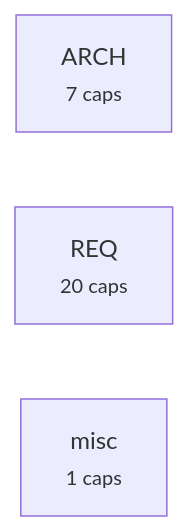
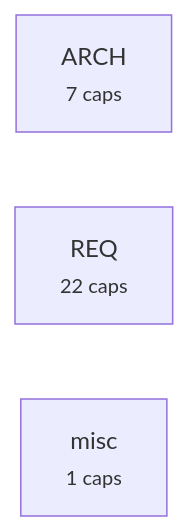
The third of 4 diagrams in requirements/_map.md (alxmax/excalidraw-diagram), drawn with Mermaid before and after one commit. The commit also changed other lines of this file and 20 other files, not shown here.

````diff
--- a/requirements/_map.md
+++ b/requirements/_map.md
@@ -112,6 +114,6 @@
 ```mermaid
 graph LR
   a_ARCH["ARCH<br><small>7 caps</small>"]
-  a_REQ["REQ<br><small>20 caps</small>"]
+  a_REQ["REQ<br><small>22 caps</small>"]
   a_misc["misc<br><small>1 caps</small>"]
 ```
````
